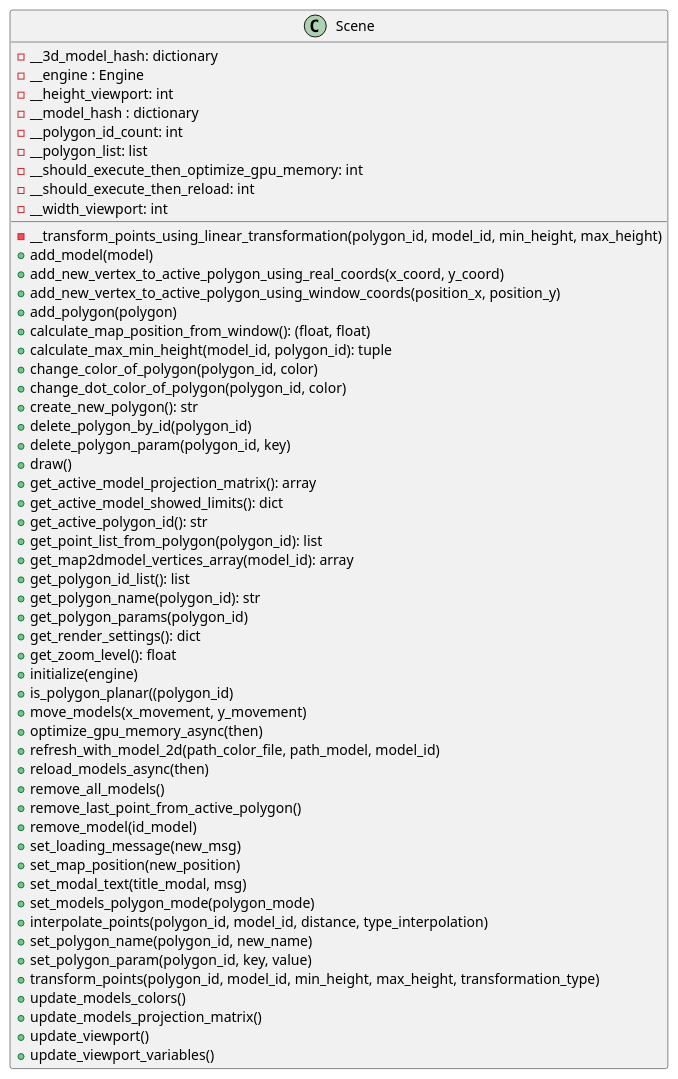
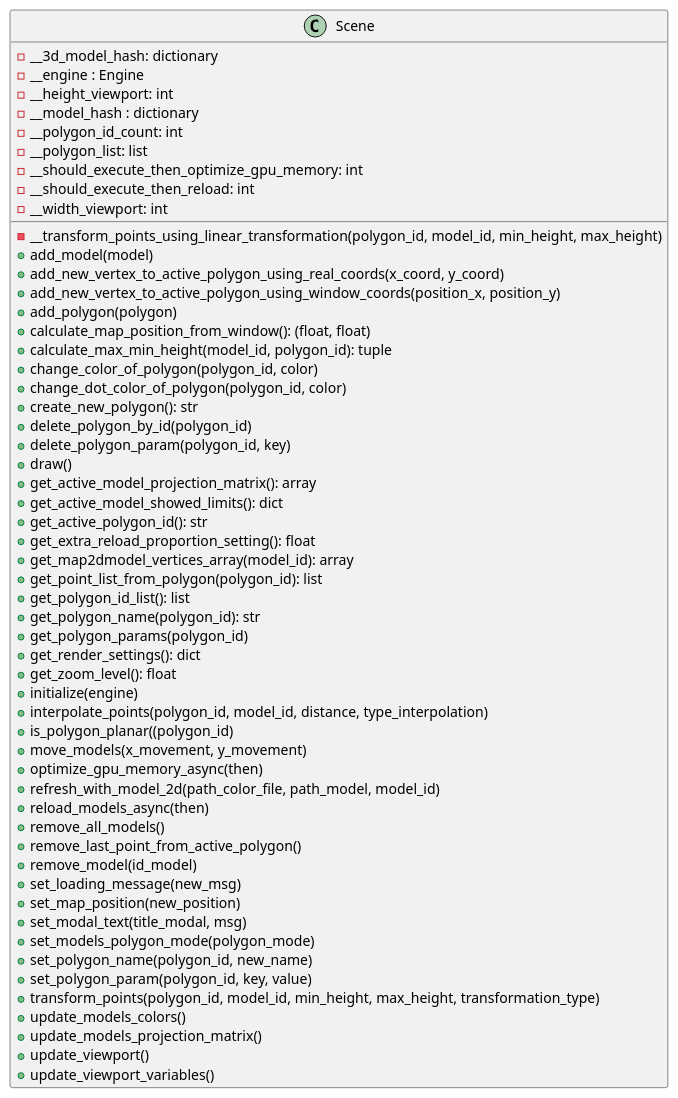
Before and after one commit to ferpoble2/Relief_Creator: the diagram in docs/classes/Scene.puml, drawn with PlantUML. The commit also changed 6 other files, not shown here.

```diff
--- a/docs/classes/Scene.puml
+++ b/docs/classes/Scene.puml
@@ -1,59 +1,60 @@
 @startuml
             class Scene{
                 - __transform_points_using_linear_transformation(polygon_id, model_id, min_height, max_height)
                 + add_model(model)
                 + add_new_vertex_to_active_polygon_using_real_coords(x_coord, y_coord)
                 + add_new_vertex_to_active_polygon_using_window_coords(position_x, position_y)
                 + add_polygon(polygon)
                 + calculate_map_position_from_window(): (float, float)
                 + calculate_max_min_height(model_id, polygon_id): tuple
                 + change_color_of_polygon(polygon_id, color)
                 + change_dot_color_of_polygon(polygon_id, color)
                 + create_new_polygon(): str
                 + delete_polygon_by_id(polygon_id)
                 + delete_polygon_param(polygon_id, key)
                 + draw()
                 + get_active_model_projection_matrix(): array
                 + get_active_model_showed_limits(): dict
                 + get_active_polygon_id(): str
+                + get_extra_reload_proportion_setting(): float
+                + get_map2dmodel_vertices_array(model_id): array
                 + get_point_list_from_polygon(polygon_id): list
-                + get_map2dmodel_vertices_array(model_id): array
                 + get_polygon_id_list(): list
                 + get_polygon_name(polygon_id): str
                 + get_polygon_params(polygon_id)
                 + get_render_settings(): dict
                 + get_zoom_level(): float
                 + initialize(engine)
+                + interpolate_points(polygon_id, model_id, distance, type_interpolation)
                 + is_polygon_planar((polygon_id)
                 + move_models(x_movement, y_movement)
                 + optimize_gpu_memory_async(then)
                 + refresh_with_model_2d(path_color_file, path_model, model_id)
                 + reload_models_async(then)
                 + remove_all_models()
                 + remove_last_point_from_active_polygon()
                 + remove_model(id_model)
                 + set_loading_message(new_msg)
                 + set_map_position(new_position)
                 + set_modal_text(title_modal, msg)
                 + set_models_polygon_mode(polygon_mode)
-                + interpolate_points(polygon_id, model_id, distance, type_interpolation)
                 + set_polygon_name(polygon_id, new_name)
                 + set_polygon_param(polygon_id, key, value)
                 + transform_points(polygon_id, model_id, min_height, max_height, transformation_type)
                 + update_models_colors()
                 + update_models_projection_matrix()
                 + update_viewport()
                 + update_viewport_variables()
 
                 - __3d_model_hash: dictionary
                 - __engine : Engine
                 - __height_viewport: int
                 - __model_hash : dictionary
                 - __polygon_id_count: int
                 - __polygon_list: list
                 - __should_execute_then_optimize_gpu_memory: int
                 - __should_execute_then_reload: int
                 - __width_viewport: int
             }
 
 @enduml
```
